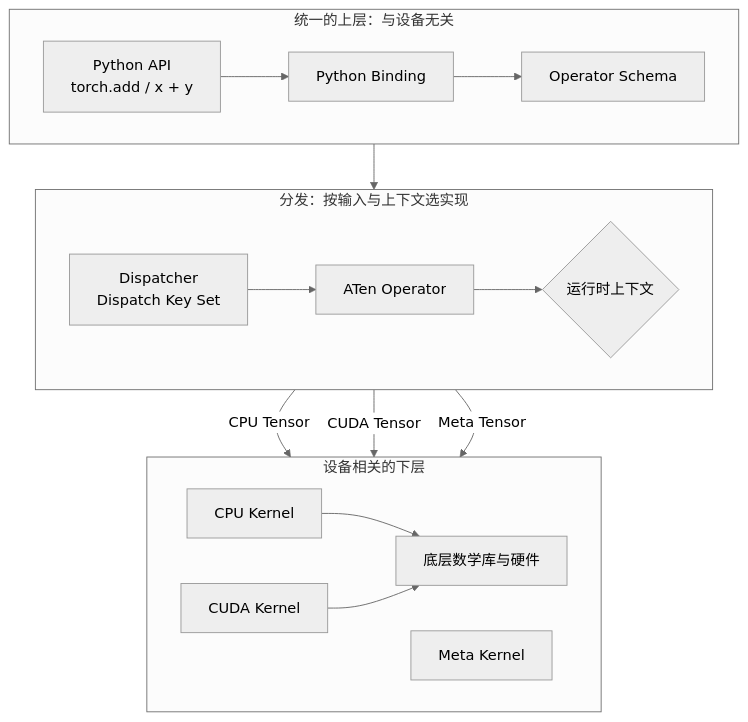
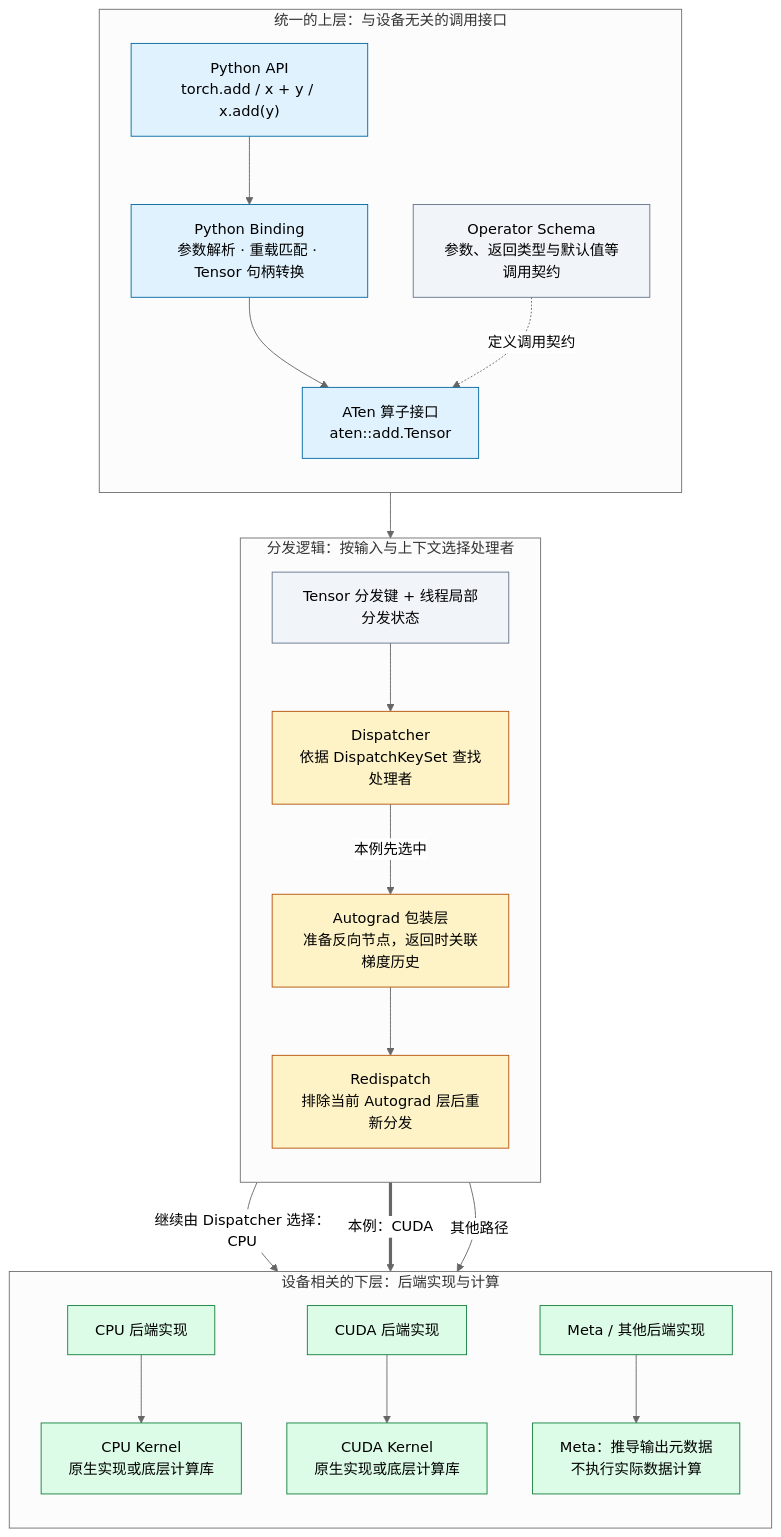
Before and after one commit to arganzheng/arganzheng.github.com: the second of 5 diagrams in _posts/2026-02-17-pytorch-overall-introduction.md, drawn with Mermaid (neutral theme). The commit also changed other lines of this file, not shown here.

Commit message:
优化动态视图总览图

````diff
--- a/_posts/2026-02-17-pytorch-overall-introduction.md
+++ b/_posts/2026-02-17-pytorch-overall-introduction.md
@@ -725,22 +723,55 @@
 ```mermaid
-%% 图：一次算子调用的路径：统一的上层契约，Dispatcher 按输入与上下文选实现，设备相关的 kernel 在下层
 flowchart TB
-    subgraph UP["统一的上层：与设备无关"]
-        direction LR
-        A[Python API<br/>torch.add / x + y] --> B[Python Binding] --> C[Operator Schema]
+    subgraph UP["统一的上层：与设备无关的调用接口"]
+        direction TB
+        A["Python API<br/>torch.add / x + y / x.add(y)"]
+        B["Python Binding<br/>参数解析 · 重载匹配 · Tensor 句柄转换"]
+        C["ATen 算子接口<br/>aten::add.Tensor"]
+        S["Operator Schema<br/>参数、返回类型与默认值等调用契约"]
+
+        A --> B --> C
+        S -.->|定义调用契约| C
     end
-    subgraph MID["分发：按输入与上下文选实现"]
-        direction LR
-        D[Dispatcher<br/>Dispatch Key Set] --> E[ATen Operator] --> F{运行时上下文}
+
+    subgraph MID["分发逻辑：按输入与上下文选择处理者"]
+        direction TB
+        K["Tensor 分发键 + 线程局部分发状态"]
+        D["Dispatcher<br/>依据 DispatchKeySet 查找处理者"]
+        AG["Autograd 包装层<br/>准备反向节点，返回时关联梯度历史"]
+        R["Redispatch<br/>排除当前 Autograd 层后重新分发"]
+
+        K --> D
+        D -->|本例先选中| AG
+        AG --> R
     end
-    subgraph LOW["设备相关的下层"]
-        direction LR
-        G[CPU Kernel] --> J[底层数学库与硬件]
-        H[CUDA Kernel] --> J
-        I[Meta Kernel]
+
+    subgraph LOW["设备相关的下层：后端实现与计算"]
+        direction TB
+        CPU["CPU 后端实现"]
+        CUDA["CUDA 后端实现"]
+        META["Meta / 其他后端实现"]
+
+        CK["CPU Kernel<br/>原生实现或底层计算库"]
+        GK["CUDA Kernel<br/>原生实现或底层计算库"]
+        MK["Meta：推导输出元数据<br/>不执行实际数据计算"]
+
+        CPU --> CK
+        CUDA --> GK
+        META --> MK
     end
+
     C --> D
-    F -->|CPU Tensor| G
-    F -->|CUDA Tensor| H
-    F -->|Meta Tensor| I
+    R -->|继续由 Dispatcher 选择：CPU| CPU
+    R ==>|本例：CUDA| CUDA
+    R -->|其他路径| META
+
+    classDef api fill:#e0f2fe,stroke:#0369a1;
+    classDef contract fill:#f1f5f9,stroke:#64748b;
+    classDef dispatch fill:#fef3c7,stroke:#b45309;
+    classDef compute fill:#dcfce7,stroke:#15803d;
+
+    class A,B,C api;
+    class S,K contract;
+    class D,AG,R dispatch;
+    class CPU,CUDA,META,CK,GK,MK compute;
 ```
````
